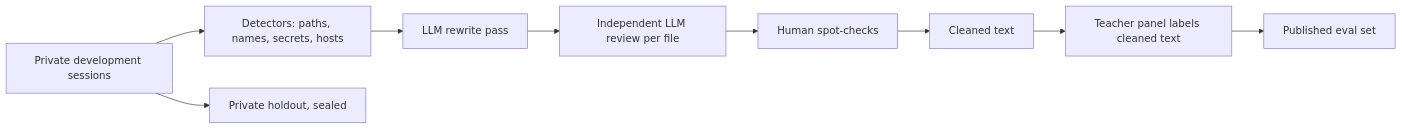
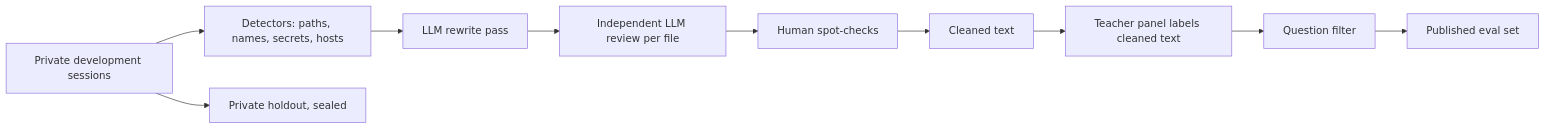
One commit to Token-Smelter/source-memory changed the diagram in evaluations/FUTURE-WORK.md. Above: the diagram before and after it, drawn with Mermaid. The commit also changed other lines of this file and 2 other files, not shown here.

Commit message:
Qualify label-quality claims and align eval docs with the harness

````diff
--- a/evaluations/FUTURE-WORK.md
+++ b/evaluations/FUTURE-WORK.md
@@ -5,11 +5,12 @@
 ```mermaid
 flowchart LR
   Raw["Private development sessions"] --> Detect["Detectors: paths, names, secrets, hosts"]
   Detect --> Rewrite["LLM rewrite pass"]
   Rewrite --> Review["Independent LLM review per file"]
   Review --> Spot["Human spot-checks"]
   Spot --> Clean["Cleaned text"]
   Clean --> Label["Teacher panel labels cleaned text"]
-  Label --> Public["Published eval set"]
+  Label --> Filter["Question filter"]
+  Filter --> Public["Published eval set"]
   Raw --> Holdout["Private holdout, sealed"]
 ```
````
